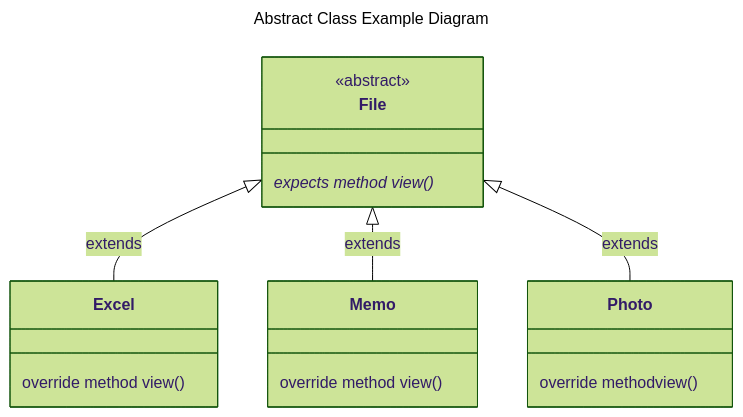
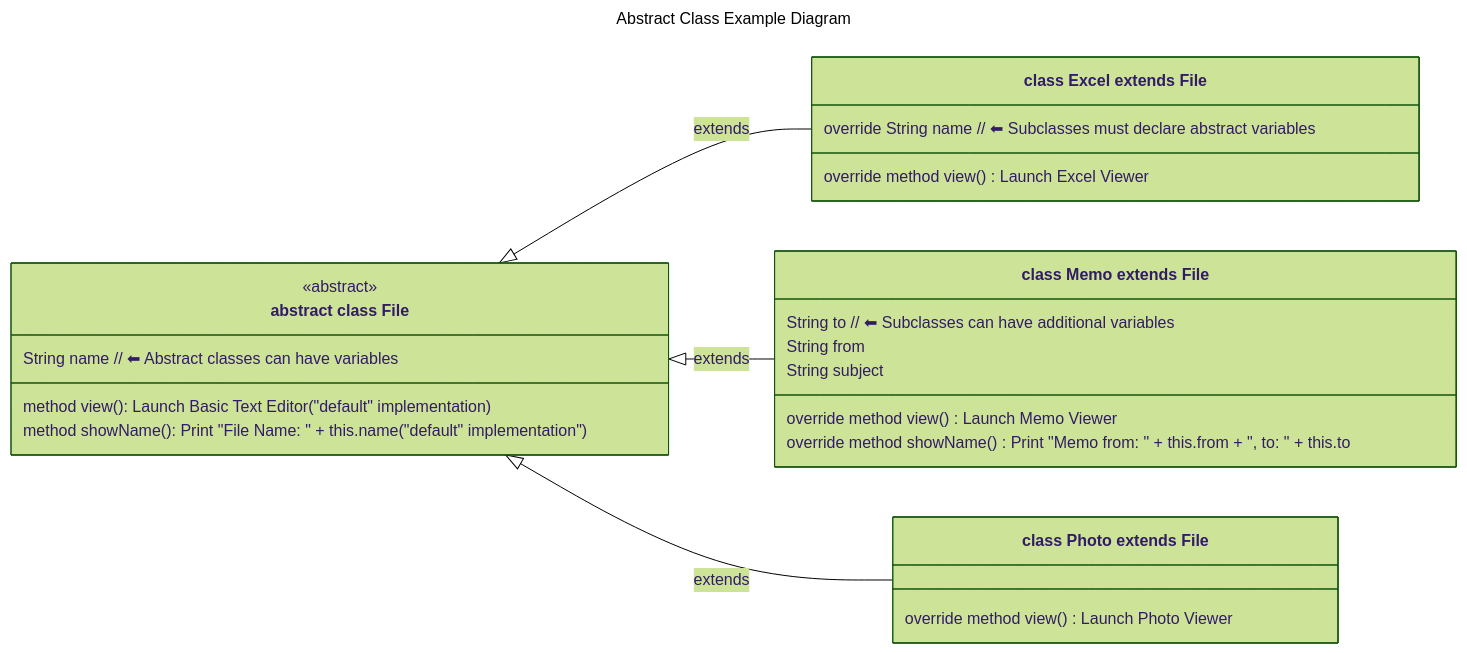
One commit to realityexpander/How_to_program_from_ground_up changed the fifth of 7 diagrams in 09-ClassOrientedProgramming.md. Above: the diagram before and after it, drawn with Mermaid (forest theme). The commit also changed other lines of this file, not shown here.

````diff
--- a/09-ClassOrientedProgramming.md
+++ b/09-ClassOrientedProgramming.md
@@ -350,25 +419,33 @@
     ```mermaid
     ---
     title: Abstract Class Example Diagram
       
     ---
     classDiagram
+    direction LR
     File <|-- Excel : extends
     File <|-- Memo : extends
     File <|-- Photo : extends
       
-    class File {
-        expects method view()*
+    class File["abstract class File"] {
+        String name  // ⬅︎ Abstract classes can have variables
+        method view(): Launch Basic Text Editor ("default" implementation)
+        method showName(): Print "File Name: " + this.name ("default" implementation")
     }
     <<abstract>> File 
       
-    class Excel {
-        override method view()
+    class Excel["class Excel extends File"] {
+        override String name // ⬅︎ Subclasses must declare abstract variables
+        override method view() Launch Excel Viewer
     }
-    class Memo {
-        override method view()
+    class Memo["class Memo extends File"] {
+        String to  // ⬅︎ Subclasses can have additional variables
+        String from
+        String subject
+        override method view() Launch Memo Viewer
+        override method showName() Print "Memo from: " + this.from + ", to: " + this.to
     }
-    class Photo {
-        override methodview()
+    class Photo["class Photo extends File"] {
+        override method view() Launch Photo Viewer
     }
     ```
````
